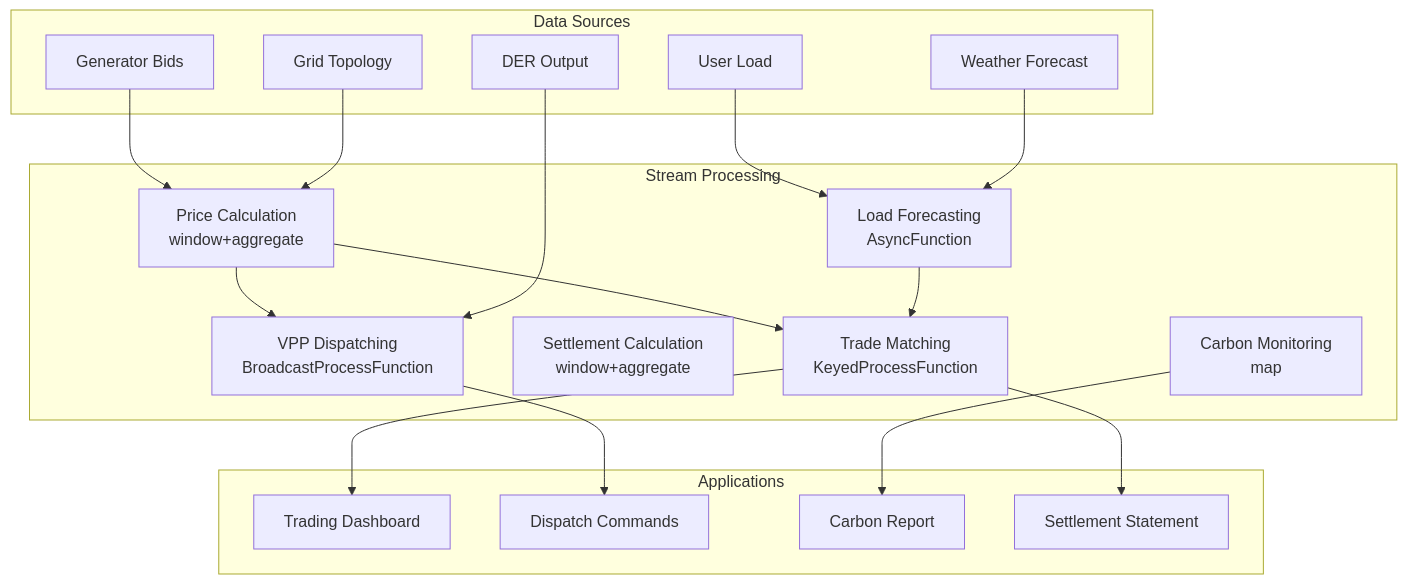
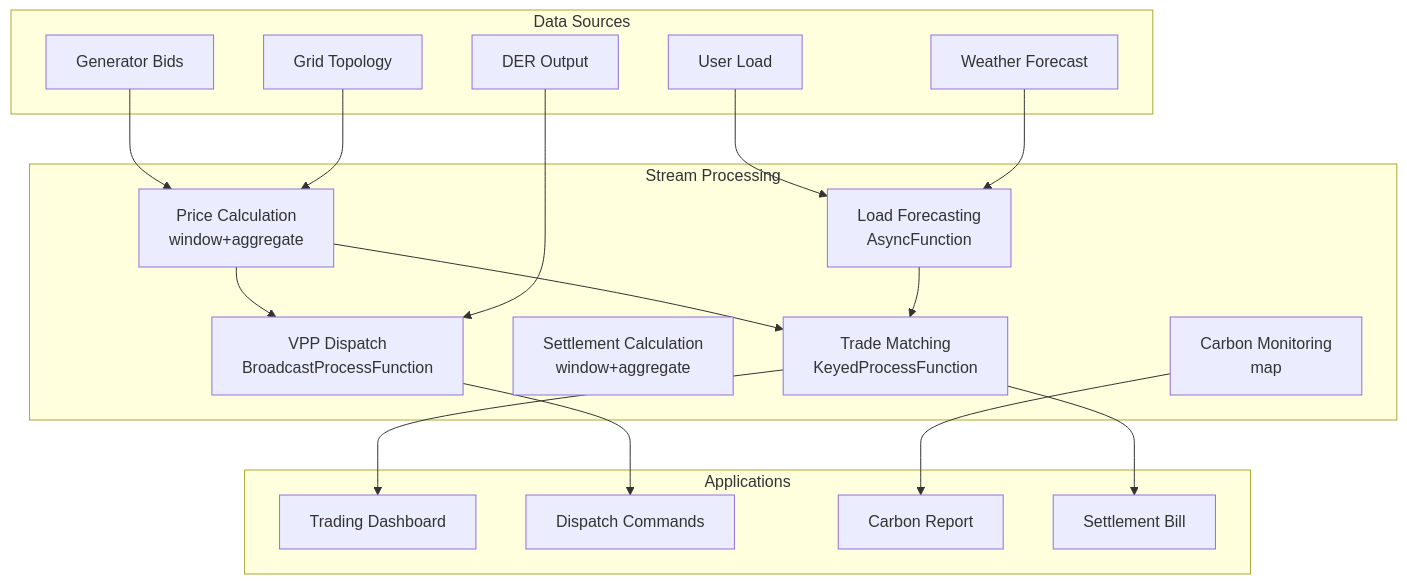
Before and after one commit to AdaMartin18010/AnalysisDataFlow: the diagram in en/realtime-energy-trading-case-study.md, drawn with Mermaid. The commit also changed other lines of this file and 27 other files, not shown here.

````diff
--- a/en/realtime-energy-trading-case-study.md
+++ b/en/realtime-energy-trading-case-study.md
@@ -418,33 +418,33 @@
 ```mermaid
 graph TB
-    subgraph Data Sources
+    subgraph Data_Sources["Data Sources"]
         D1[Generator Bids]
         D2[User Load]
         D3[Weather Forecast]
         D4[Grid Topology]
         D5[DER Output]
     end
 
-    subgraph Stream Processing
+    subgraph Stream_Processing["Stream Processing"]
         P1[Price Calculation<br/>window+aggregate]
         P2[Load Forecasting<br/>AsyncFunction]
         P3[Trade Matching<br/>KeyedProcessFunction]
         P4[Settlement Calculation<br/>window+aggregate]
         P5[Carbon Monitoring<br/>map]
-        P6[VPP Dispatching<br/>BroadcastProcessFunction]
+        P6[VPP Dispatch<br/>BroadcastProcessFunction]
     end
 
-    subgraph Applications
+    subgraph Applications["Applications"]
         A1[Trading Dashboard]
         A2[Dispatch Commands]
         A3[Carbon Report]
-        A4[Settlement Statement]
+        A4[Settlement Bill]
     end
 
     D1 --> P1 --> P3 --> A1
     D2 --> P2 --> P3 --> A4
     D3 --> P2
     D4 --> P1 --> P6 --> A2
     D5 --> P6
     P5 --> A3
 ```
````
